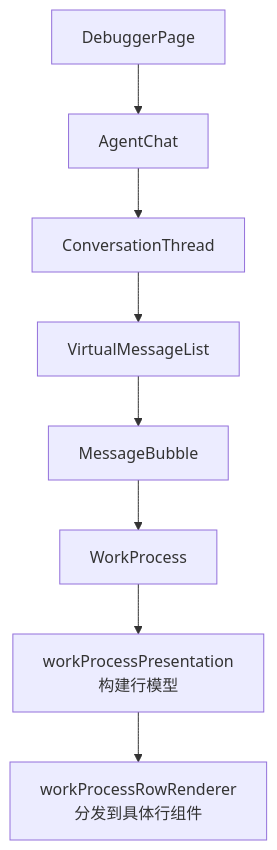
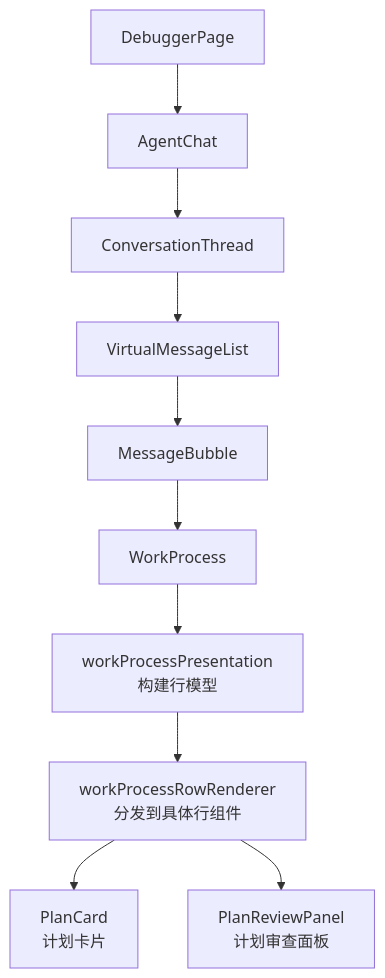
Before and after one commit to haolange/RDC-Agent: the first of 7 diagrams in .qoder/repowiki/zh/content/用户界面/调试视图.md, drawn with Mermaid. The commit also changed other lines of this file and 208 other files, not shown here.

````diff
--- a/.qoder/repowiki/zh/content/用户界面/调试视图.md
+++ b/.qoder/repowiki/zh/content/用户界面/调试视图.md
@@ -39,10 +55,12 @@
 ```mermaid
 graph TB
 A["DebuggerPage"] --> B["AgentChat"]
 B --> C["ConversationThread"]
 C --> D["VirtualMessageList"]
 D --> E["MessageBubble"]
 E --> F["WorkProcess"]
 F --> G["workProcessPresentation<br/>构建行模型"]
 G --> H["workProcessRowRenderer<br/>分发到具体行组件"]
+H --> I["PlanCard<br/>计划卡片"]
+H --> J["PlanReviewPanel<br/>计划审查面板"]
 ```
````
